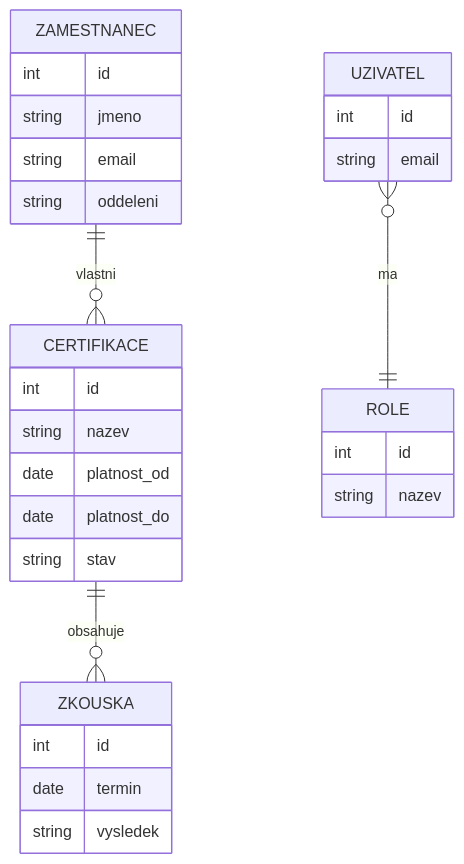
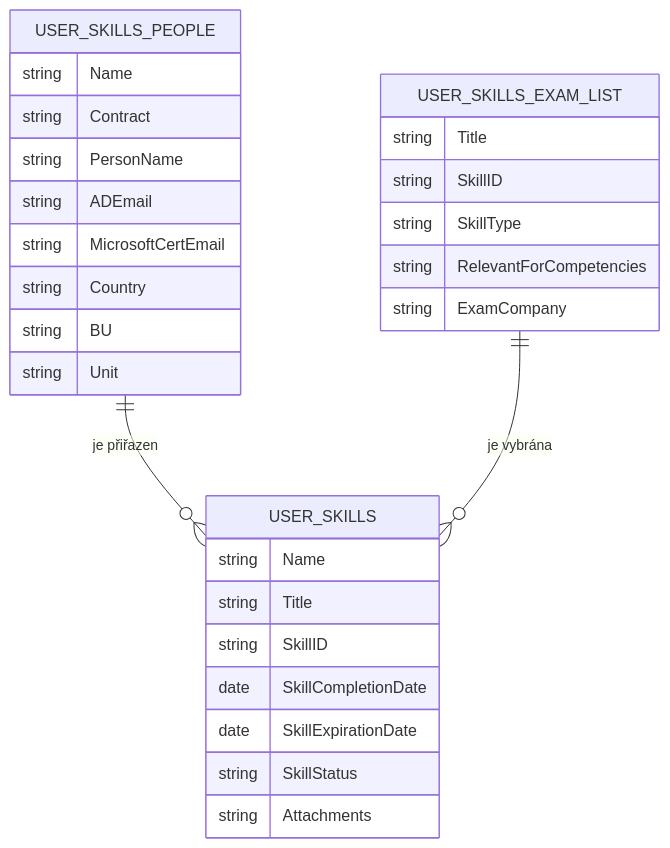
One commit to KarlaRoot/Automation changed the second of 2 diagrams in Certifikace/README.md. Above: the diagram before and after it, drawn with Mermaid. The commit also changed other lines of this file, not shown here.

````diff
--- a/Certifikace/README.md
+++ b/Certifikace/README.md
@@ -43,33 +36,32 @@
 ```mermaid
 erDiagram
-    ZAMESTNANEC ||--o{ CERTIFIKACE : vlastni
-    CERTIFIKACE ||--o{ ZKOUSKA : obsahuje
-    UZIVATEL }o--|| ROLE : ma
+    USER_SKILLS_PEOPLE ||--o{ USER_SKILLS : "je přiřazen"
+    USER_SKILLS_EXAM_LIST ||--o{ USER_SKILLS : "je vybrána"
 
-    ZAMESTNANEC {
-        int id
-        string jmeno
-        string email
-        string oddeleni
+    USER_SKILLS_PEOPLE {
+        string Name
+        string Contract
+        string PersonName
+        string ADEmail
+        string MicrosoftCertEmail
+        string Country
+        string BU
+        string Unit
     }
-    CERTIFIKACE {
-        int id
-        string nazev
-        date platnost_od
-        date platnost_do
-        string stav
+    USER_SKILLS_EXAM_LIST {
+        string Title
+        string SkillID
+        string SkillType
+        string RelevantForCompetencies
+        string ExamCompany
     }
-    ZKOUSKA {
-        int id
-        date termin
-        string vysledek
-    }
-    UZIVATEL {
-        int id
-        string email
-    }
-    ROLE {
-        int id
-        string nazev
+    USER_SKILLS {
+        string Name
+        string Title
+        string SkillID
+        date SkillCompletionDate
+        date SkillExpirationDate
+        string SkillStatus
+        string Attachments
     }
 ```
````
